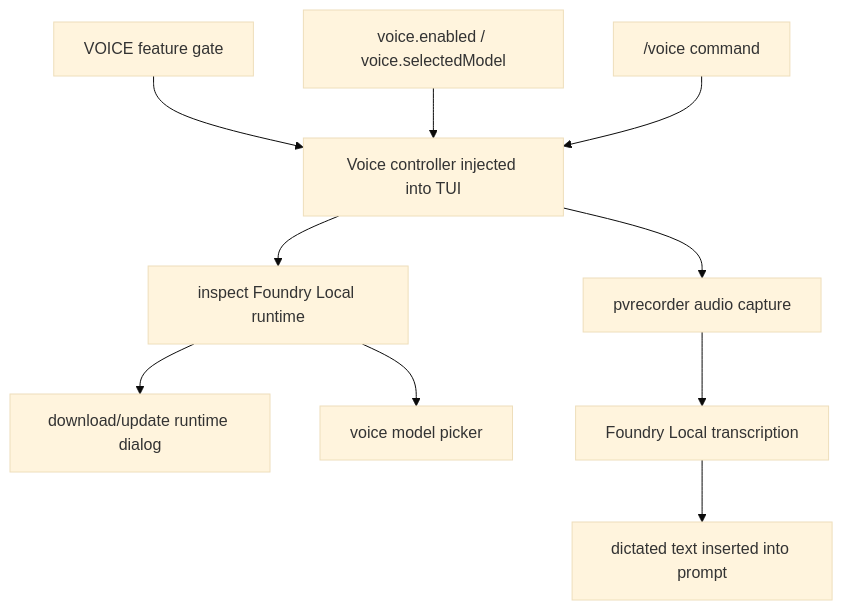
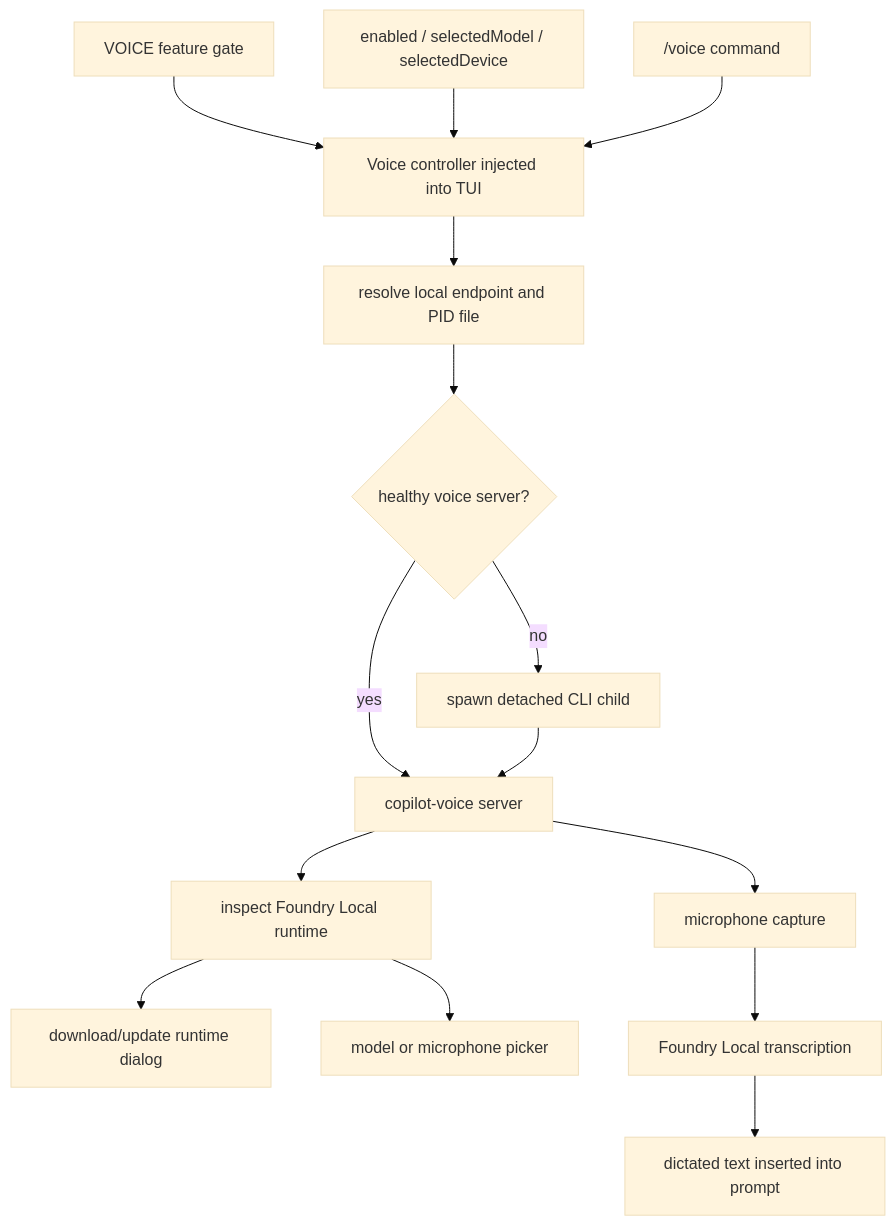
Before and after one commit to vibewatch/copilot-cli-internals: the first of 2 diagrams in docs/01-runtime-lifecycle/voice-mode-foundry-local.md, drawn with Mermaid (base theme). The commit also changed other lines of this file and 238 other files, not shown here.

First line of the commit message:
feat: add @webviewjs/webview package and update documentation for Copilot CLI 1.0.71 delta

````diff
--- a/docs/01-runtime-lifecycle/voice-mode-foundry-local.md
+++ b/docs/01-runtime-lifecycle/voice-mode-foundry-local.md
@@ -37,12 +36,17 @@
 ```mermaid
 flowchart TD
     Gate[VOICE feature gate] --> Controller[Voice controller injected into TUI]
-    Settings[voice.enabled / voice.selectedModel] --> Controller
+    Settings[enabled / selectedModel / selectedDevice] --> Controller
     Command["/voice command"] --> Controller
-    Controller --> Inspect[inspect Foundry Local runtime]
+    Controller --> Endpoint[resolve local endpoint and PID file]
+    Endpoint --> Reuse{healthy voice server?}
+    Reuse -->|yes| Engine[copilot-voice server]
+    Reuse -->|no| Spawn[spawn detached CLI child]
+    Spawn --> Engine
+    Engine --> Inspect[inspect Foundry Local runtime]
     Inspect --> RuntimeDialog[download/update runtime dialog]
-    Inspect --> ModelDialog[voice model picker]
-    Controller --> Recorder[pvrecorder audio capture]
+    Inspect --> Picker[model or microphone picker]
+    Engine --> Recorder[microphone capture]
     Recorder --> Foundry[Foundry Local transcription]
     Foundry --> PromptInput[dictated text inserted into prompt]
 ```
````
